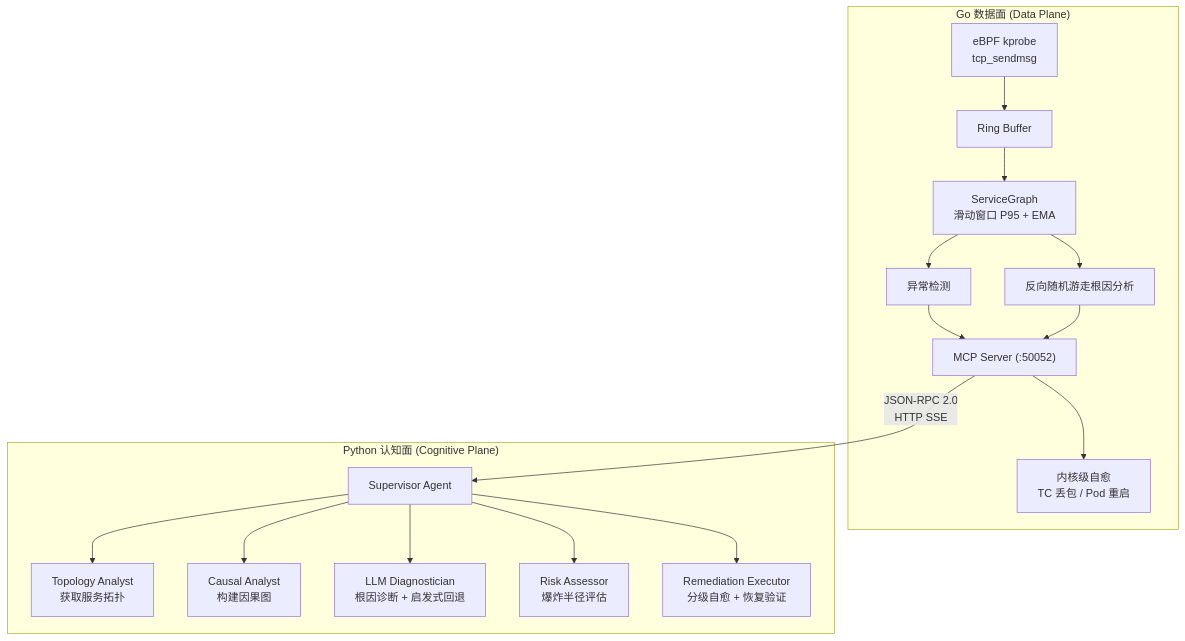
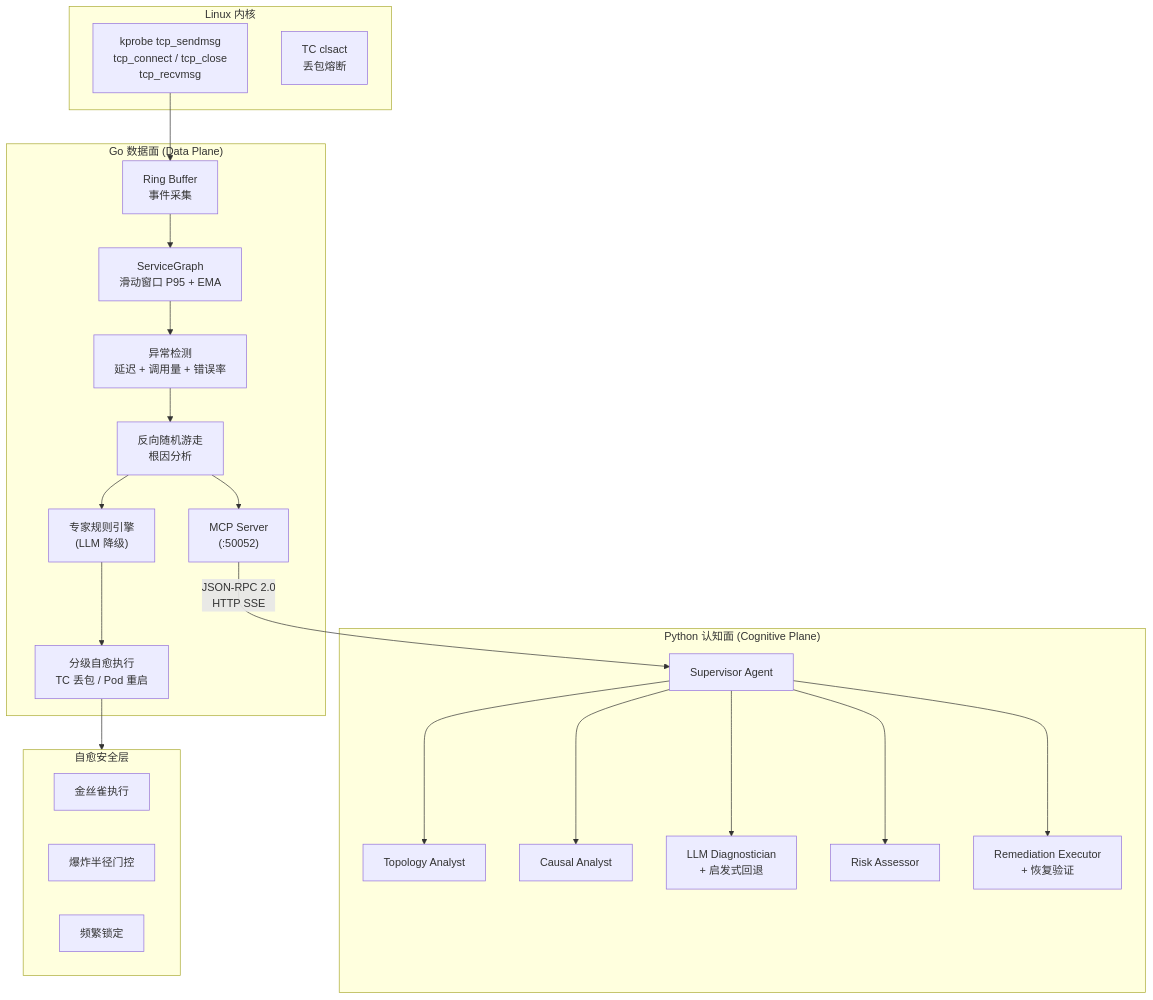
Before and after one commit to slyslyan/AetherOps: the diagram in README.md, drawn with Mermaid. The commit also changed other lines of this file and 52 other files, not shown here.

````diff
--- a/README.md
+++ b/README.md
@@ -17,22 +14,43 @@
 ```mermaid
 flowchart TB
-    subgraph Go["Go 数据面 (Data Plane)"]
-        A["eBPF kprobe<br/>tcp_sendmsg"] --> B["Ring Buffer"]
-        B --> C["ServiceGraph<br/>滑动窗口 P95 + EMA"]
-        C --> D["异常检测"]
-        C --> E["反向随机游走根因分析"]
-        D --> F["MCP Server (:50052)"]
-        E --> F
-        F --> G["内核级自愈<br/>TC 丢包 / Pod 重启"]
+    subgraph Kernel["Linux 内核"]
+        A1["kprobe tcp_sendmsg<br/>tcp_connect / tcp_close<br/>tcp_recvmsg"]
+        A2["TC clsact<br/>丢包熔断"]
     end
 
-    F -- "JSON-RPC 2.0<br/>HTTP SSE" --> H
+    subgraph Go["Go 数据面 (Data Plane)"]
+        B["Ring Buffer<br/>事件采集"]
+        C["ServiceGraph<br/>滑动窗口 P95 + EMA"]
+        D["异常检测<br/>延迟 + 调用量 + 错误率"]
+        E["反向随机游走<br/>根因分析"]
+        F["MCP Server<br/>(:50052)"]
+        G["专家规则引擎<br/>(LLM 降级)"]
+        H["分级自愈执行<br/>TC 丢包 / Pod 重启"]
+    end
+
+    A1 --> B --> C
+    C --> D --> E
+    E --> G
+    E --> F
+    G --> H
+
+    F -- "JSON-RPC 2.0<br/>HTTP SSE" --> I
 
     subgraph Python["Python 认知面 (Cognitive Plane)"]
-        H["Supervisor Agent"] --> I["Topology Analyst<br/>获取服务拓扑"]
-        H --> J["Causal Analyst<br/>构建因果图"]
-        H --> K["LLM Diagnostician<br/>根因诊断 + 启发式回退"]
-        H --> L["Risk Assessor<br/>爆炸半径评估"]
-        H --> M["Remediation Executor<br/>分级自愈 + 恢复验证"]
+        I["Supervisor Agent"]
+        J["Topology Analyst"]
+        K["Causal Analyst"]
+        L["LLM Diagnostician<br/>+ 启发式回退"]
+        M["Risk Assessor"]
+        N["Remediation Executor<br/>+ 恢复验证"]
+        I --> J & K & L & M & N
     end
+
+    subgraph Safety["自愈安全层"]
+        O["金丝雀执行"]
+        P["爆炸半径门控"]
+        Q["频繁锁定"]
+    end
+
+    H --> Safety
 ```
````
